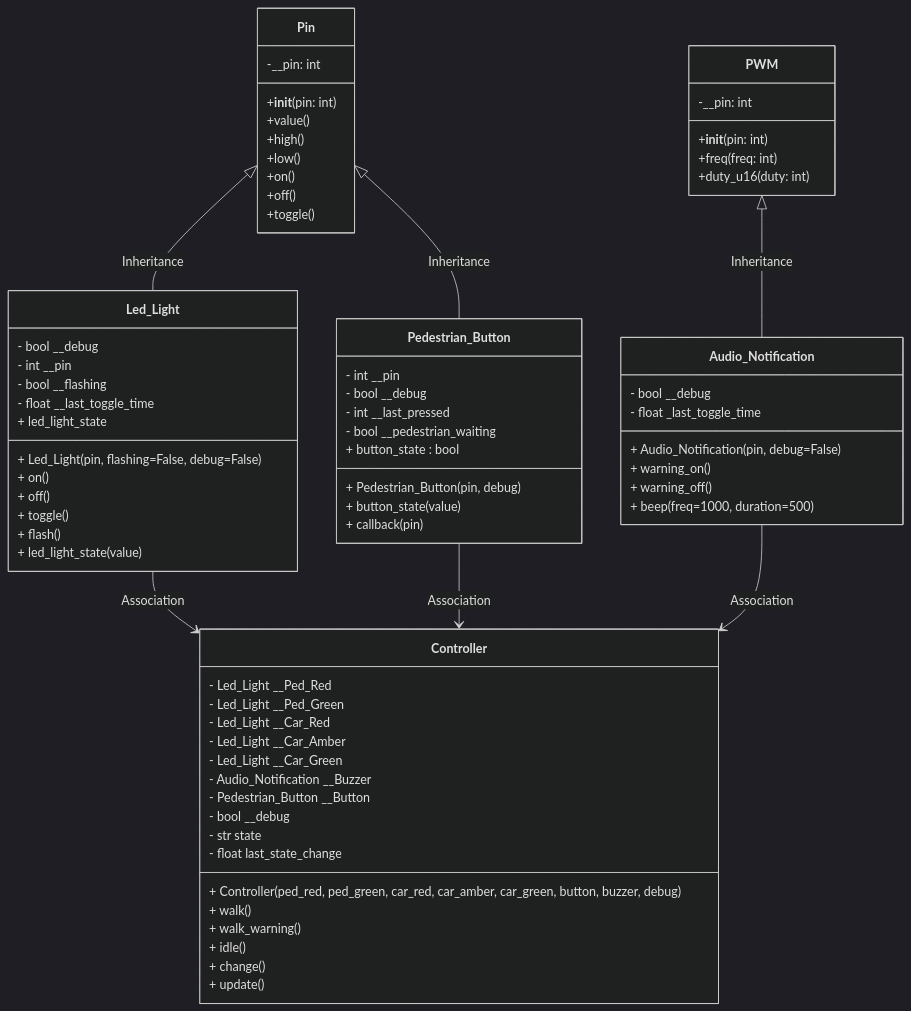
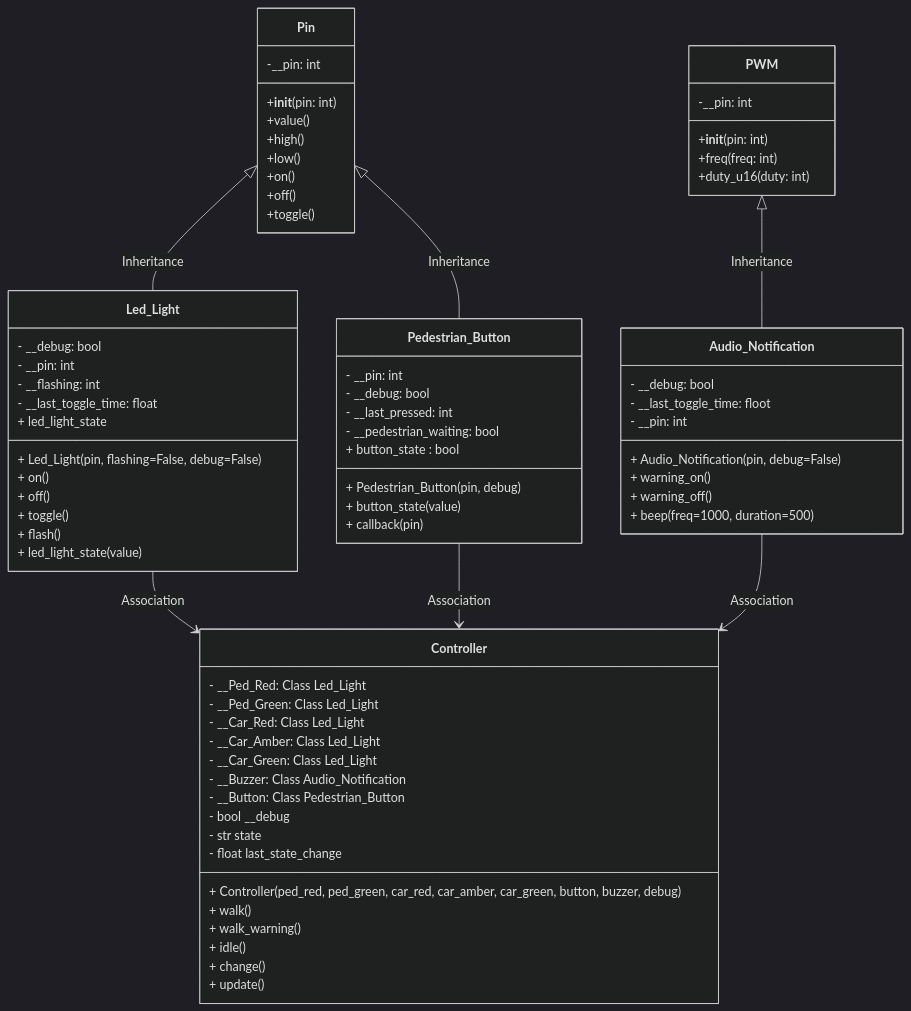
Before and after one commit to TempeHS/MicroPython_OOP_Pi_Pico_Mini_Project_Source: the diagram in README.md, drawn with Mermaid (dark theme). The commit also changed 5 other files, not shown here.

````diff
--- a/README.md
+++ b/README.md
@@ -96,81 +96,82 @@
 ```mermaid
 classDiagram
     class Pin {
         -__pin: int
         +__init__(pin: int)
         +value()
         +high()
         +low()
         +on()
         +off()
         +toggle()
     }
 
     class PWM {
         -__pin: int
         +__init__(pin: int)
         +freq(freq: int)
         +duty_u16(duty: int)
     }
 
     class Audio_Notification {
-        - bool __debug
-        - float _last_toggle_time
+        - __debug: bool
+        - __last_toggle_time: floot
+        - __pin: int
         + Audio_Notification(pin, debug=False)
         + warning_on()
         + warning_off()
         + beep(freq=1000, duration=500)
     }
     PWM <|-- Audio_Notification : Inheritance
 
     class Led_Light {
-        - bool __debug
-        - int __pin
-        - bool __flashing
-        - float __last_toggle_time
+        - __debug: bool
+        - __pin: int
+        - __flashing: int
+        - __last_toggle_time: float
         + Led_Light(pin, flashing=False, debug=False)
         + on()
         + off()
         + toggle()
         + flash()
         + led_light_state
         + led_light_state(value)
     }
     Pin <|-- Led_Light : Inheritance
 
     class Pedestrian_Button {
-        - int __pin
-        - bool __debug
-        - int __last_pressed
-        - bool __pedestrian_waiting
+        - __pin: int
+        - __debug: bool
+        - __last_pressed: int
+        - __pedestrian_waiting: bool
         + Pedestrian_Button(pin, debug)
         + button_state : bool
         + button_state(value)
         + callback(pin)
     }
     Pin <|-- Pedestrian_Button : Inheritance
 
     class Controller {
-        - Led_Light __Ped_Red
-        - Led_Light __Ped_Green
-        - Led_Light __Car_Red
-        - Led_Light __Car_Amber
-        - Led_Light __Car_Green
-        - Audio_Notification __Buzzer
-        - Pedestrian_Button __Button
+        - __Ped_Red: Class Led_Light
+        - __Ped_Green: Class Led_Light
+        - __Car_Red: Class Led_Light
+        - __Car_Amber: Class Led_Light
+        - __Car_Green: Class Led_Light
+        - __Buzzer: Class Audio_Notification
+        - __Button: Class Pedestrian_Button
         - bool __debug
         - str state
         - float last_state_change
         + Controller(ped_red, ped_green, car_red, car_amber, car_green, button, buzzer, debug)
         + walk()
         + walk_warning()
         + idle()
         + change()
         + update()
     }
 
     Led_Light --> Controller : Association
     Audio_Notification --> Controller : Association
     Pedestrian_Button --> Controller : Association
 
 ```
````
